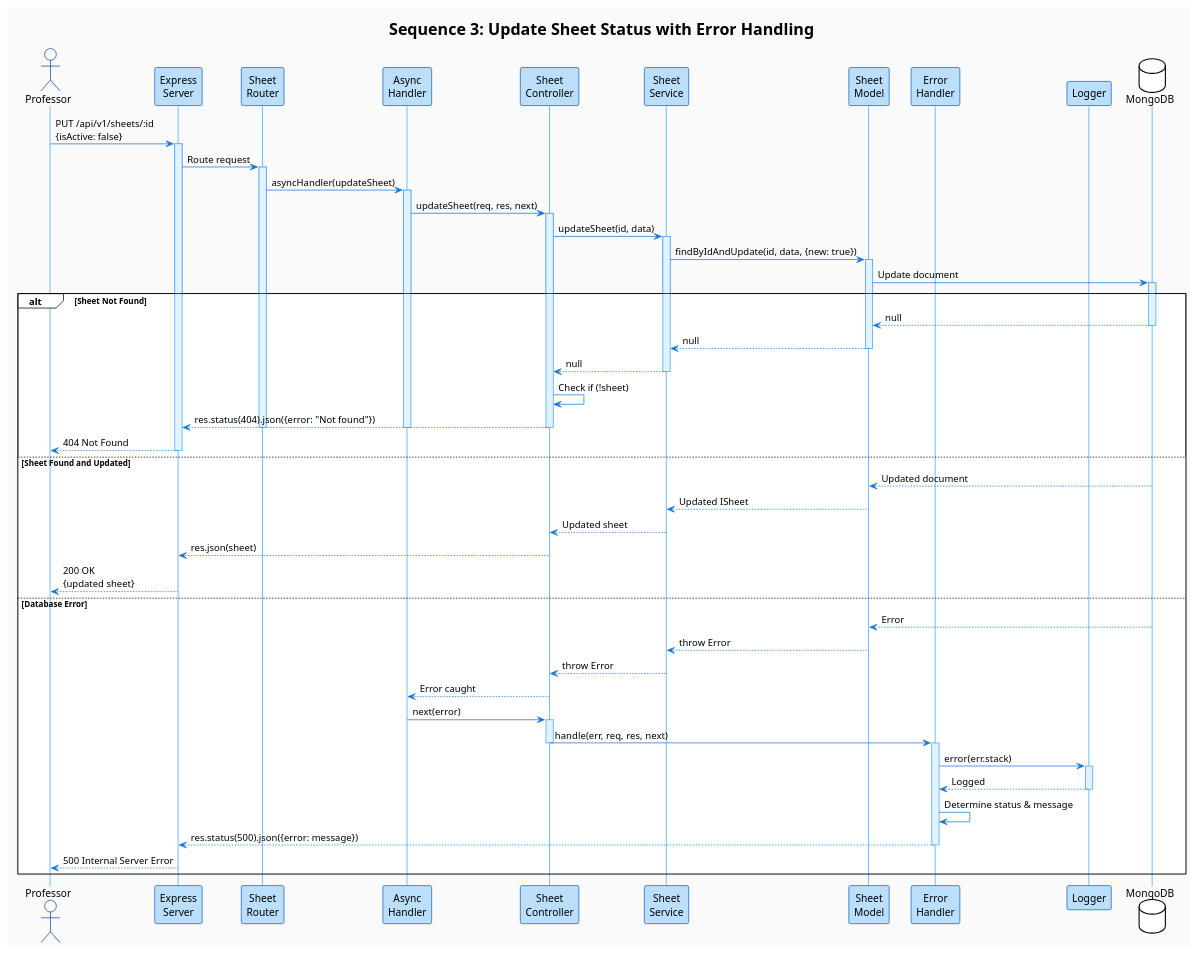
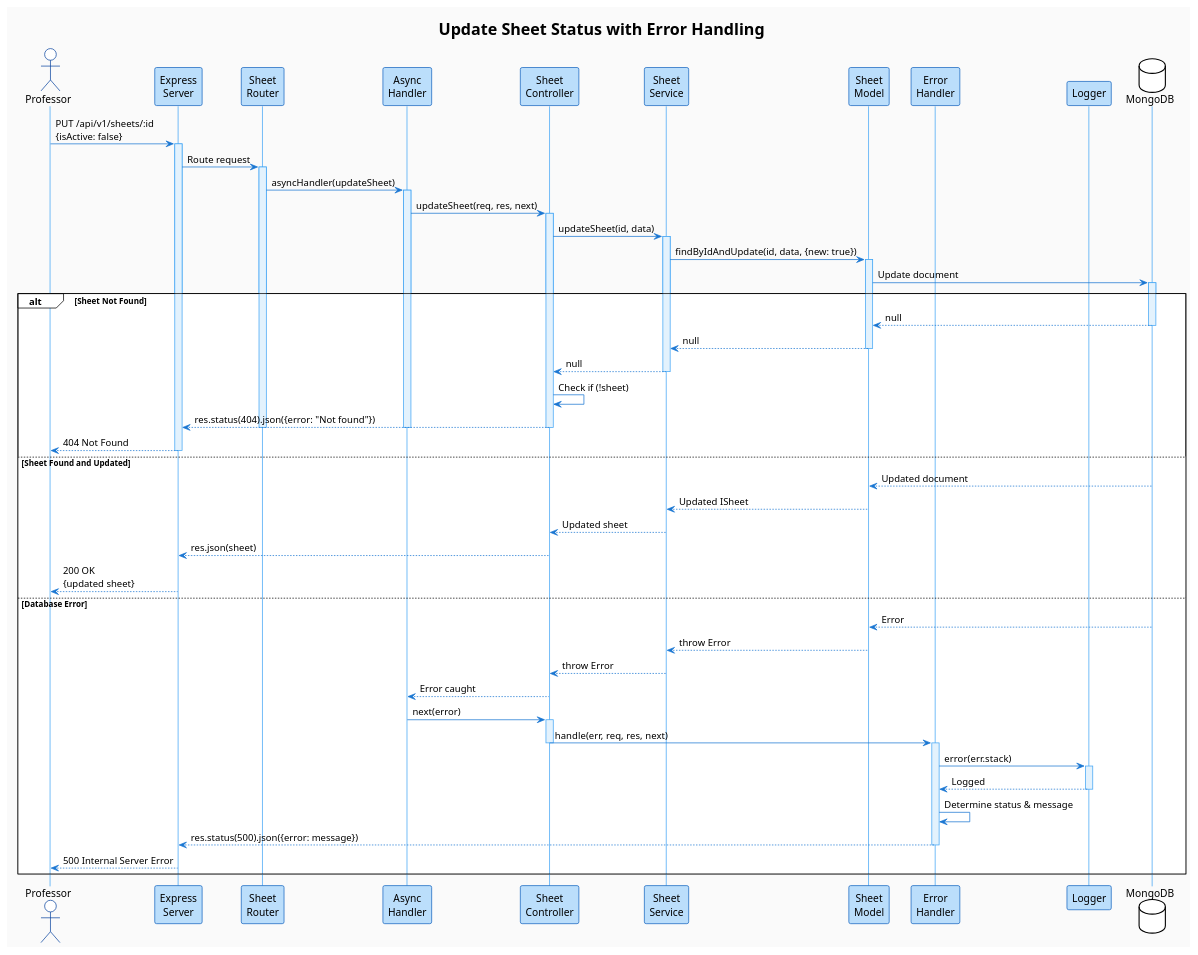
The diagram in src/design/update-sheet-status.puml (AvinaashGhansam/student-auth-api), drawn with PlantUML before and after one commit. The commit also changed 7 other files, not shown here.

```diff
--- a/src/design/update-sheet-status.puml
+++ b/src/design/update-sheet-status.puml
@@ -1,97 +1,97 @@
 @startuml Update_Sheet_Error_Handling
 !theme plain
 skinparam backgroundColor #FAFAFA
 skinparam sequence {
     ArrowColor #1976D2
     ActorBorderColor #0D47A1
     LifeLineBorderColor #42A5F5
     LifeLineBackgroundColor #E3F2FD
     ParticipantBorderColor #1565C0
     ParticipantBackgroundColor #BBDEFB
 }
 
-title Sequence 3: Update Sheet Status with Error Handling
+title Update Sheet Status with Error Handling
 
 actor Professor
 participant "Express\nServer" as Express
 participant "Sheet\nRouter" as Router
 participant "Async\nHandler" as Async
 participant "Sheet\nController" as Controller
 participant "Sheet\nService" as Service
 participant "Sheet\nModel" as Model
 participant "Error\nHandler" as ErrorHandler
 participant "Logger" as Logger
 database MongoDB
 
 Professor -> Express: PUT /api/v1/sheets/:id\n{isActive: false}
 activate Express
 
 Express -> Router: Route request
 activate Router
 
 Router -> Async: asyncHandler(updateSheet)
 activate Async
 
 Async -> Controller: updateSheet(req, res, next)
 activate Controller
 
 Controller -> Service: updateSheet(id, data)
 activate Service
 
 Service -> Model: findByIdAndUpdate(id, data, {new: true})
 activate Model
 
 Model -> MongoDB: Update document
 activate MongoDB
 
 alt Sheet Not Found
     MongoDB --> Model: null
     deactivate MongoDB
     Model --> Service: null
     deactivate Model
     Service --> Controller: null
     deactivate Service
 
     Controller -> Controller: Check if (!sheet)
     Controller --> Express: res.status(404).json({error: "Not found"})
     deactivate Controller
     deactivate Async
     deactivate Router
     Express --> Professor: 404 Not Found
     deactivate Express
 
 else Sheet Found and Updated
     MongoDB --> Model: Updated document
     Model --> Service: Updated ISheet
     Service --> Controller: Updated sheet
     Controller --> Express: res.json(sheet)
     Express --> Professor: 200 OK\n{updated sheet}
 
 else Database Error
     MongoDB --> Model: Error
     Model --> Service: throw Error
     Service --> Controller: throw Error
     Controller --> Async: Error caught
     deactivate Controller
 
     Async -> Controller: next(error)
     activate Controller
     Controller -> ErrorHandler: handle(err, req, res, next)
     deactivate Controller
     activate ErrorHandler
 
     ErrorHandler -> Logger: error(err.stack)
     activate Logger
     Logger --> ErrorHandler: Logged
     deactivate Logger
 
     ErrorHandler -> ErrorHandler: Determine status & message
     ErrorHandler --> Express: res.status(500).json({error: message})
     deactivate ErrorHandler
     deactivate Async
     deactivate Router
     Express --> Professor: 500 Internal Server Error
     deactivate Express
 end
 
 @enduml
```
